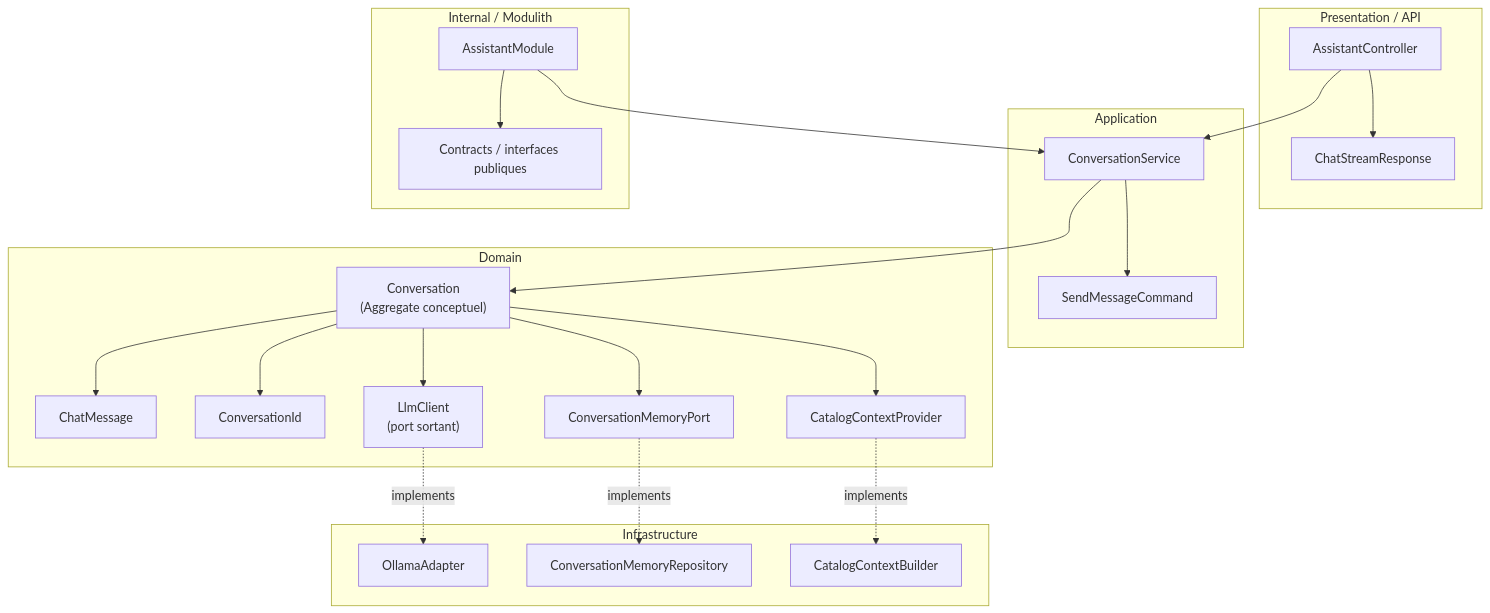
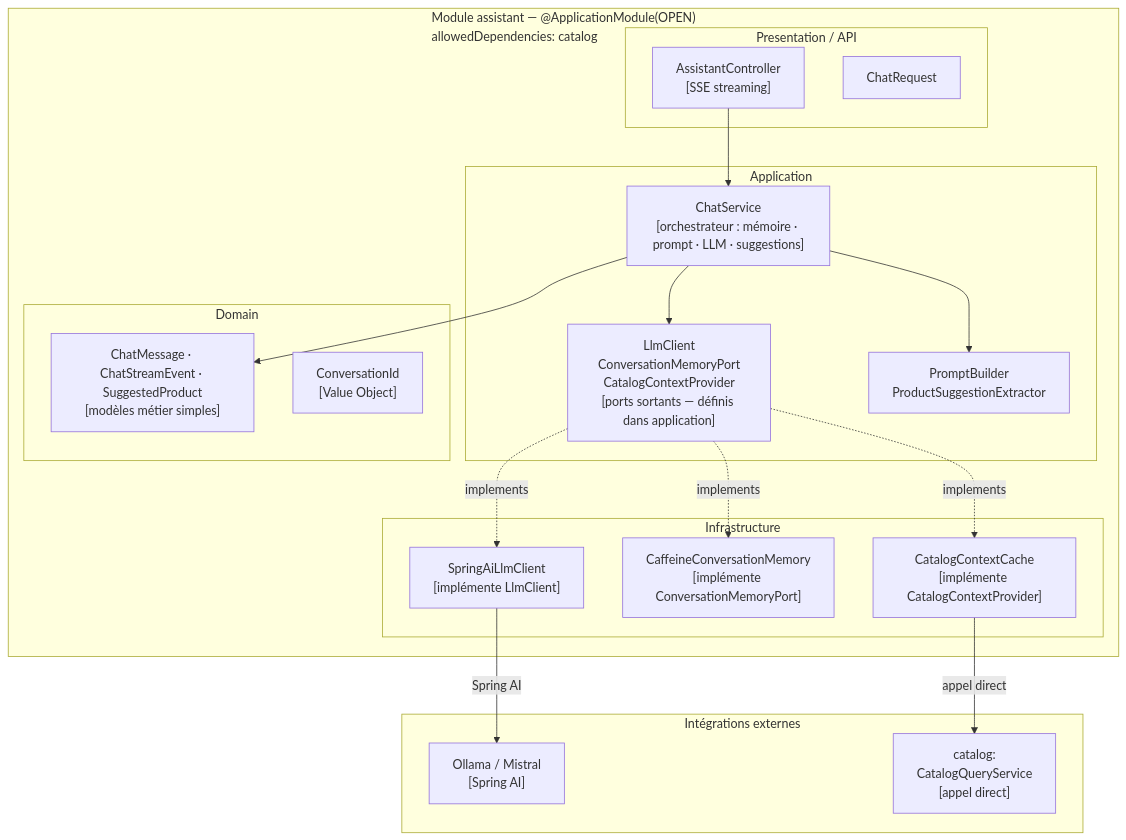
The diagram in docs/diagrams/assistant-domain.md (dbeaumont/macmarket), drawn with Mermaid before and after one commit. The commit also changed other lines of this file and 46 other files, not shown here.

````diff
--- a/docs/diagrams/assistant-domain.md
+++ b/docs/diagrams/assistant-domain.md
@@ -7,47 +7,43 @@
 ```mermaid
 flowchart TB
-    subgraph Presentation["Presentation / API"]
-        Controller["AssistantController"]
-        Stream["ChatStreamResponse"]
+    subgraph EXT["Intégrations externes"]
+        LLM["Ollama / Mistral\n[Spring AI]"]
+        CatalogSvc["catalog:\nCatalogQueryService\n[appel direct]"]
     end
 
-    subgraph Application["Application"]
-        Service["ConversationService"]
-        Command["SendMessageCommand"]
+    subgraph AsM["Module assistant — @ApplicationModule(OPEN)\nallowedDependencies: catalog"]
+        subgraph Presentation["Presentation / API"]
+            Controller["AssistantController\n[SSE streaming]"]
+            DTO["ChatRequest"]
+        end
+
+        subgraph Application["Application"]
+            ChatSvc["ChatService\n[orchestrateur : mémoire · prompt · LLM · suggestions]"]
+            Ports["LlmClient\nConversationMemoryPort\nCatalogContextProvider\n[ports sortants — définis dans application]"]
+            Utils["PromptBuilder\nProductSuggestionExtractor"]
+        end
+
+        subgraph Domain["Domain"]
+            Models["ChatMessage · ChatStreamEvent · SuggestedProduct\n[modèles métier simples]"]
+            VO["ConversationId\n[Value Object]"]
+        end
+
+        subgraph Infrastructure["Infrastructure"]
+            LlmImpl["SpringAiLlmClient\n[implémente LlmClient]"]
+            MemImpl["CaffeineConversationMemory\n[implémente ConversationMemoryPort]"]
+            CtxImpl["CatalogContextCache\n[implémente CatalogContextProvider]"]
+        end
     end
 
-    subgraph Domain["Domain"]
-        Aggregate["Conversation\n(Aggregate conceptuel)"]
-        Message["ChatMessage"]
-        VO1["ConversationId"]
-        Port1["LlmClient\n(port sortant)"]
-        Port2["ConversationMemoryPort"]
-        Port3["CatalogContextProvider"]
-    end
+    Controller --> ChatSvc
+    ChatSvc --> Ports
+    ChatSvc --> Utils
+    ChatSvc --> Models
 
-    subgraph Infrastructure["Infrastructure"]
-        LlmAdapter["OllamaAdapter"]
-        MemoryRepo["ConversationMemoryRepository"]
-        CatalogContext["CatalogContextBuilder"]
-    end
+    Ports -.->|"implements"| LlmImpl
+    Ports -.->|"implements"| MemImpl
+    Ports -.->|"implements"| CtxImpl
 
-    subgraph Internal["Internal / Modulith"]
-        Module["AssistantModule"]
-        Contracts["Contracts / interfaces publiques"]
-    end
-
-    Controller --> Stream
-    Controller --> Service
-    Service --> Command
-    Service --> Aggregate
-    Aggregate --> Message
-    Aggregate --> VO1
-    Aggregate --> Port1
-    Aggregate --> Port2
-    Aggregate --> Port3
-    Port1 -.implements.-> LlmAdapter
-    Port2 -.implements.-> MemoryRepo
-    Port3 -.implements.-> CatalogContext
-    Module --> Contracts
-    Module --> Service
+    LlmImpl -->|"Spring AI"| LLM
+    CtxImpl -->|"appel direct"| CatalogSvc
 ```
````
